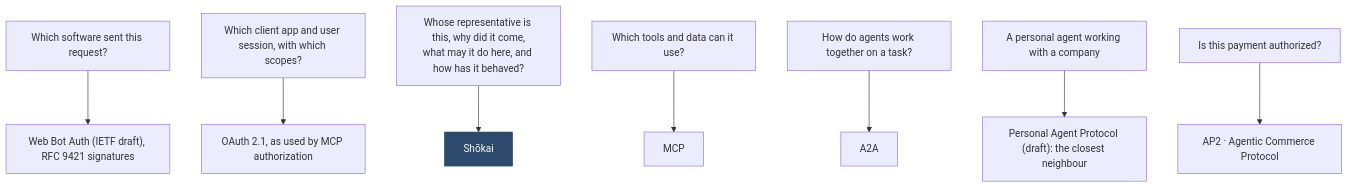
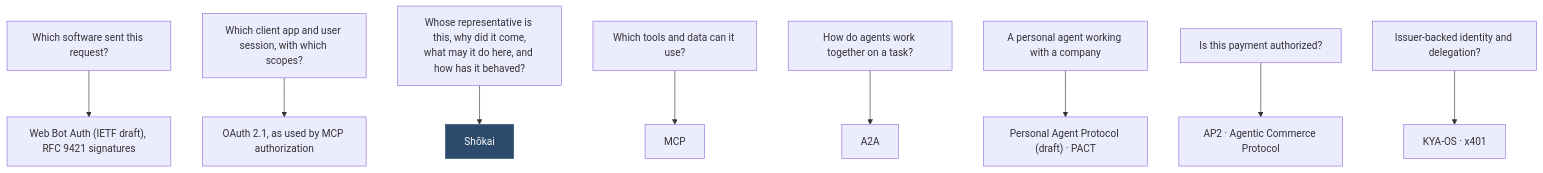
One commit to Kigenka/shokai changed the diagram in docs/diagrams/src/protocols.mmd. Above: the diagram before and after it, drawn with Mermaid. The commit also changed 618 other files, not shown here.

```diff
--- a/docs/diagrams/src/protocols.mmd
+++ b/docs/diagrams/src/protocols.mmd
@@ -1,10 +1,11 @@
 flowchart TB
   Q1["Which software sent this request?"] --> P1["Web Bot Auth (IETF draft), RFC 9421 signatures"]
   Q2["Which client app and user session, with which scopes?"] --> P2["OAuth 2.1, as used by MCP authorization"]
   Q3["Whose representative is this, why did it come,<br/>what may it do here, and how has it behaved?"] --> P3["Shōkai"]
   Q4["Which tools and data can it use?"] --> P4["MCP"]
   Q5["How do agents work together on a task?"] --> P5["A2A"]
-  Q6["A personal agent working with a company"] --> P6["Personal Agent Protocol (draft): the closest neighbour"]
+  Q6["A personal agent working with a company"] --> P6["Personal Agent Protocol (draft) · PACT"]
   Q7["Is this payment authorized?"] --> P7["AP2 · Agentic Commerce Protocol"]
+  Q8["Issuer-backed identity and delegation?"] --> P8["KYA-OS · x401"]
   classDef shokai fill:#2c4a6c,stroke:#2c4a6c,color:#fbf9f4
   class P3 shokai
```
